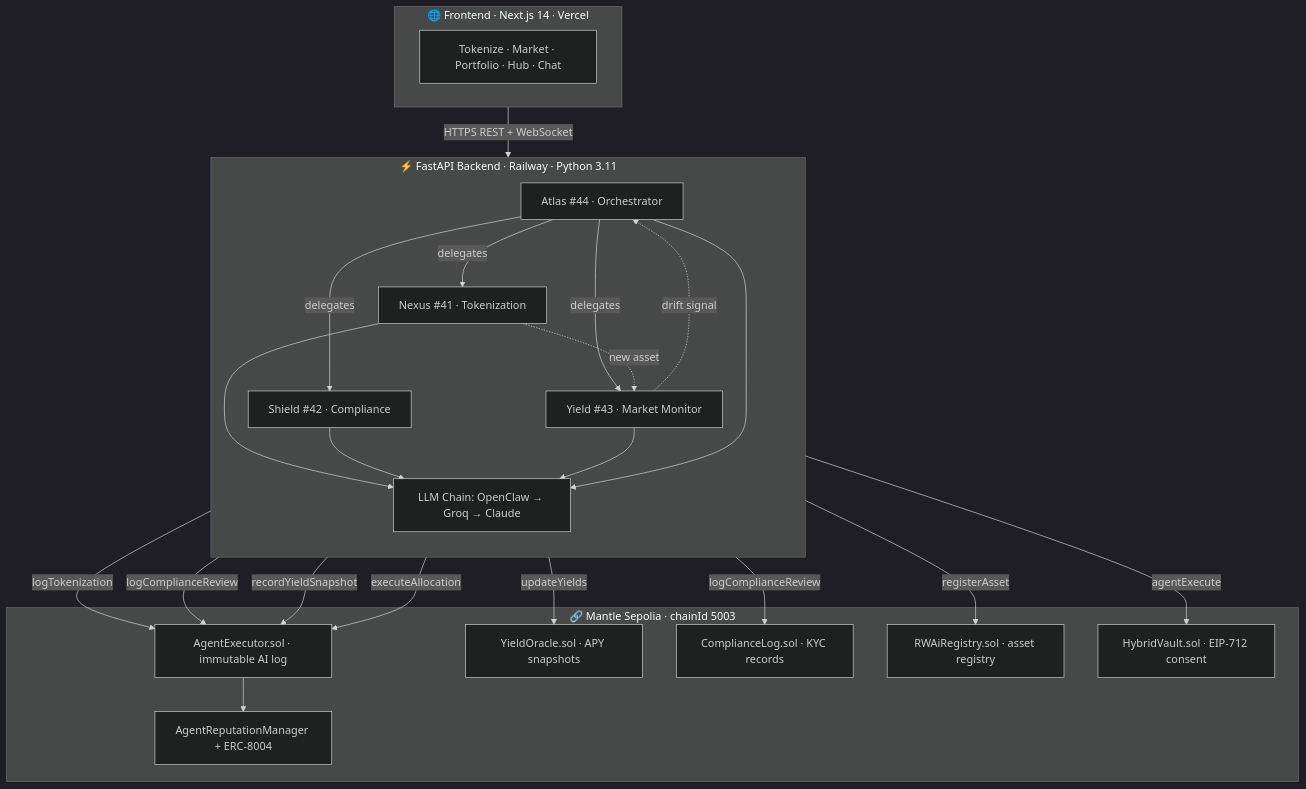
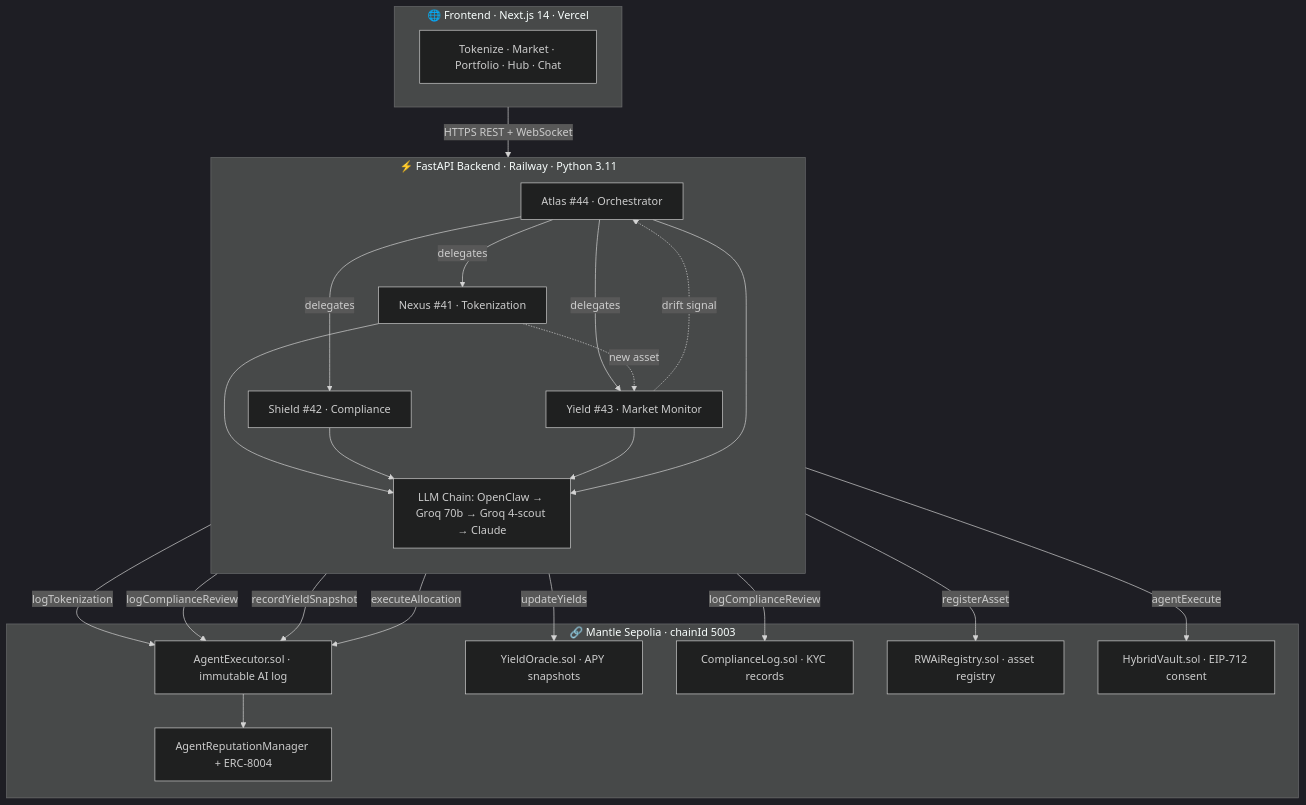
One commit to ntfound-dev/RWAI changed the diagram in README.md. Above: the diagram before and after it, drawn with Mermaid (dark theme). The commit also changed other lines of this file, not shown here.

First line of the commit message:
docs: update README — 186 tests, voice execution, gasless UX, 5-level LLM chain

````diff
--- a/README.md
+++ b/README.md
@@ -83,40 +83,40 @@
 ```mermaid
 graph TB
     subgraph FE["🌐 Frontend · Next.js 14 · Vercel"]
         UI["Tokenize · Market · Portfolio · Hub · Chat"]
     end
 
     subgraph BE["⚡ FastAPI Backend · Railway · Python 3.11"]
         direction TB
         AT["Atlas #44 · Orchestrator"]
         NX["Nexus #41 · Tokenization"]
         SH["Shield #42 · Compliance"]
         YL["Yield #43 · Market Monitor"]
-        LLM["LLM Chain: OpenClaw → Groq → Claude"]
+        LLM["LLM Chain: OpenClaw → Groq 70b → Groq 4-scout → Claude"]
         AT -->|delegates| NX
         AT -->|delegates| SH
         AT -->|delegates| YL
         YL -.->|drift signal| AT
         NX -.->|new asset| YL
         NX & SH & YL & AT --> LLM
     end
 
     subgraph CH["🔗 Mantle Sepolia · chainId 5003"]
         AE["AgentExecutor.sol · immutable AI log"]
         YO["YieldOracle.sol · APY snapshots"]
         CL["ComplianceLog.sol · KYC records"]
         RR["RWAiRegistry.sol · asset registry"]
         HV["HybridVault.sol · EIP-712 consent"]
         AR["AgentReputationManager + ERC-8004"]
     end
 
     FE -->|HTTPS REST + WebSocket| BE
     NX -->|logTokenization| AE
     NX -->|registerAsset| RR
     SH -->|logComplianceReview| AE & CL
     YL -->|updateYields| YO
     YL -->|recordYieldSnapshot| AE
     AT -->|executeAllocation| AE
     AT -->|agentExecute| HV
     AE --> AR
 ```
````
